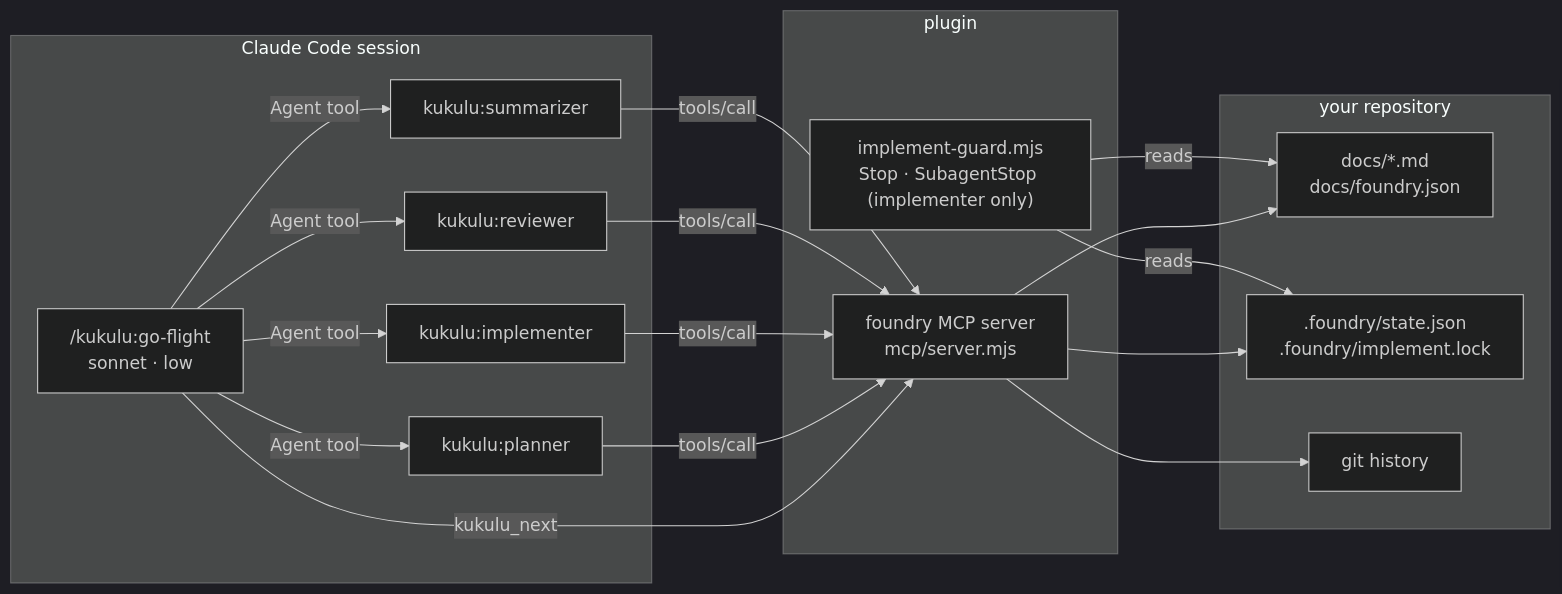
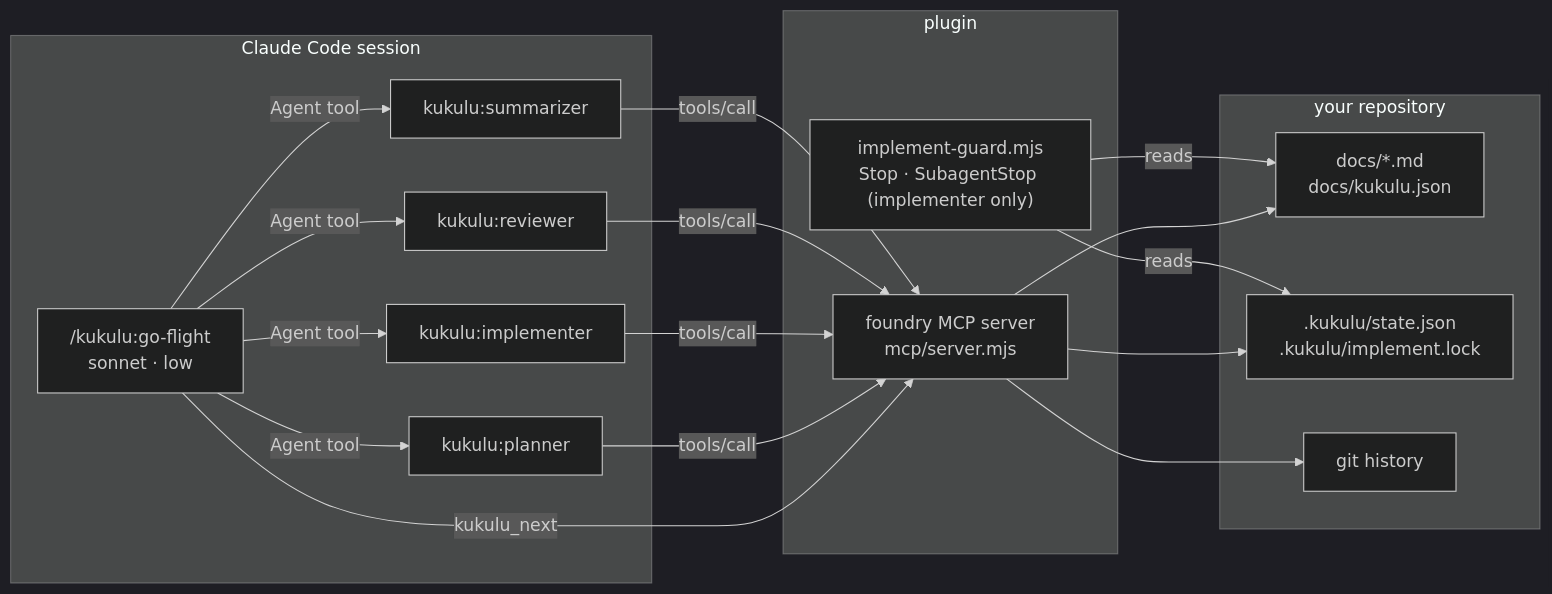
Before and after one commit to DisplaceTech/kukulu: the first of 4 diagrams in docs/architecture.md, drawn with Mermaid (dark theme). The commit also changed other lines of this file and 29 other files, not shown here.

````diff
--- a/docs/architecture.md
+++ b/docs/architecture.md
@@ -12,30 +12,30 @@
 ```mermaid
 flowchart LR
     subgraph CC["Claude Code session"]
         GF["/kukulu:go-flight<br/>sonnet · low"]
         A1["kukulu:planner"]
         A2["kukulu:implementer"]
         A3["kukulu:reviewer"]
         A4["kukulu:summarizer"]
     end
 
     subgraph PL["plugin"]
         MCP["foundry MCP server<br/>mcp/server.mjs"]
         HOOK["implement-guard.mjs<br/>Stop · SubagentStop (implementer only)"]
     end
 
     subgraph REPO["your repository"]
-        DOCS["docs/*.md<br/>docs/foundry.json"]
-        STATE[".foundry/state.json<br/>.foundry/implement.lock"]
+        DOCS["docs/*.md<br/>docs/kukulu.json"]
+        STATE[".kukulu/state.json<br/>.kukulu/implement.lock"]
         GIT["git history"]
     end
 
     GF -->|"Agent tool"| A1 & A2 & A3 & A4
     GF -->|"kukulu_next"| MCP
     A1 & A2 & A3 & A4 -->|"tools/call"| MCP
     MCP --> DOCS
     MCP --> STATE
     MCP --> GIT
     HOOK -->|"reads"| STATE
     HOOK -->|"reads"| DOCS
 ```
````
